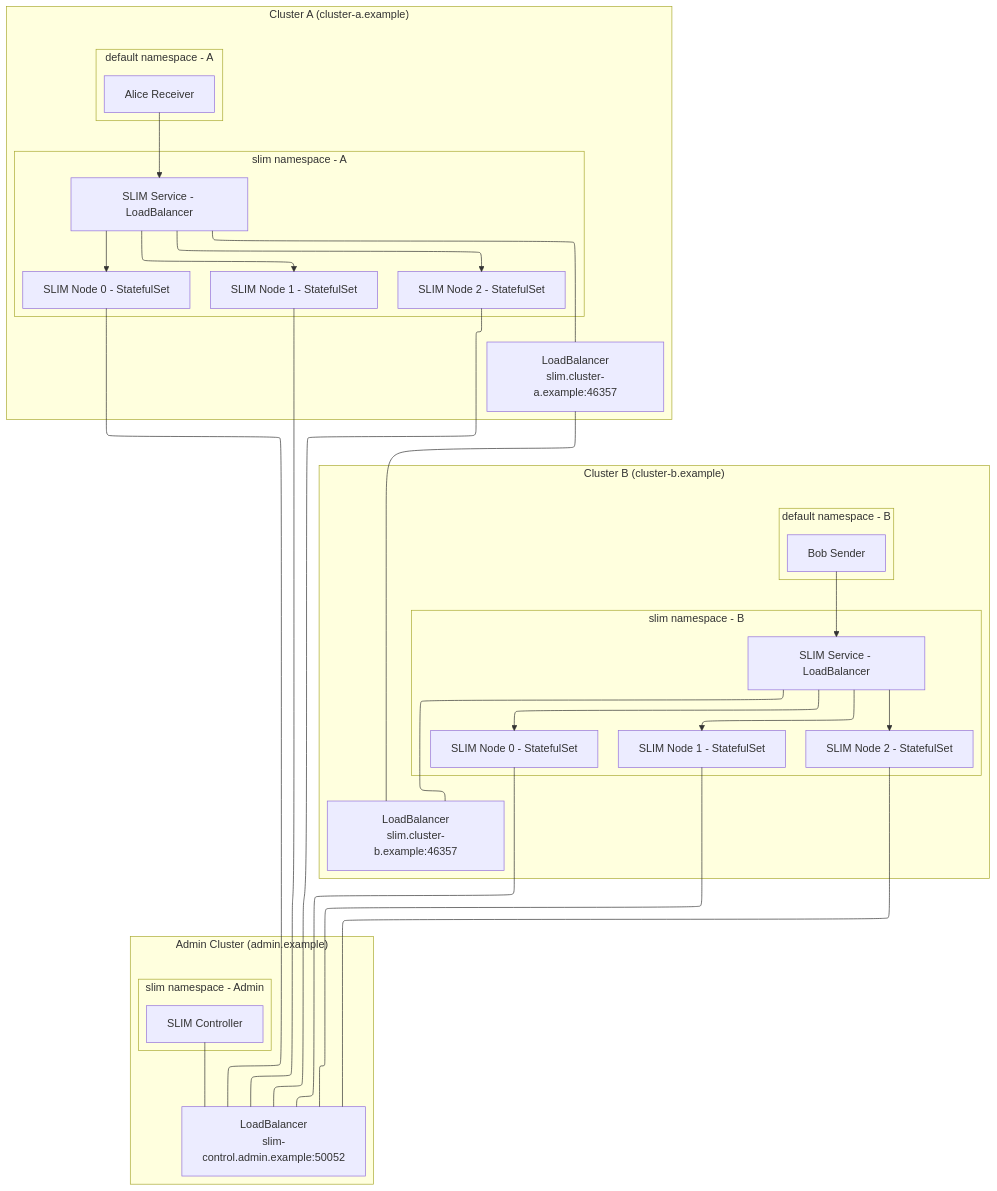
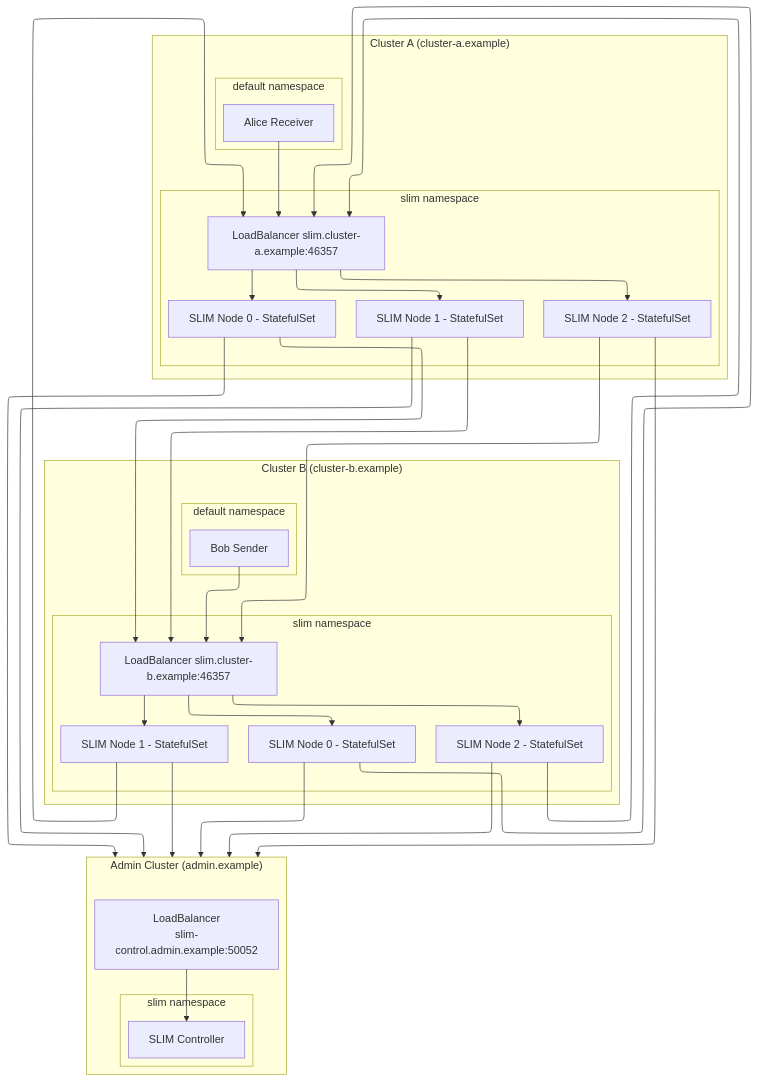
The diagram in deployments/multicluster/multi_cluster_strategy.md (agntcy/slim), drawn with Mermaid before and after one commit.

Commit message:
fix: multi-cluster image

````diff
--- a/deployments/multicluster/multi_cluster_strategy.md
+++ b/deployments/multicluster/multi_cluster_strategy.md
@@ -38,56 +38,51 @@
 ```mermaid
 ---
 config:
   layout: elk
 ---
 flowchart TB
- subgraph subGraph0["slim namespace - Admin"]
+ subgraph subGraph0["slim namespace"]
         CONTROLLER["SLIM Controller"]
   end
  subgraph subGraph1["Admin Cluster (admin.example)"]
         subGraph0
         LB_ADMIN["LoadBalancer<br>slim-control.admin.example:50052"]
   end
- subgraph subGraph2["slim namespace - A"]
+ subgraph subGraph2["slim namespace"]
         SLIM_A1["SLIM Node 0 - StatefulSet"]
         SLIM_A2["SLIM Node 1 - StatefulSet"]
         SLIM_A3["SLIM Node 2 - StatefulSet"]
-        SVC_A["SLIM Service - LoadBalancer"]
+        SVC_A["LoadBalancer slim.cluster-a.example:46357"]
   end
- subgraph subGraph3["default namespace - A"]
+ subgraph subGraph3["default namespace"]
         ALICE["Alice Receiver"]
   end
  subgraph subGraph4["Cluster A (cluster-a.example)"]
         subGraph2
         subGraph3
-        LB_A["LoadBalancer<br>slim.cluster-a.example:46357"]
   end
- subgraph subGraph5["slim namespace - B"]
+ subgraph subGraph5["slim namespace"]
         SLIM_B1["SLIM Node 0 - StatefulSet"]
         SLIM_B2["SLIM Node 1 - StatefulSet"]
         SLIM_B3["SLIM Node 2 - StatefulSet"]
-        SVC_B["SLIM Service - LoadBalancer"]
+        SVC_B["LoadBalancer slim.cluster-b.example:46357"]
   end
- subgraph subGraph6["default namespace - B"]
+ subgraph subGraph6["default namespace"]
         BOB["Bob Sender"]
   end
  subgraph subGraph7["Cluster B (cluster-b.example)"]
         subGraph5
         subGraph6
-        LB_B["LoadBalancer<br>slim.cluster-b.example:46357"]
   end
-    CONTROLLER --- LB_ADMIN
+    LB_ADMIN ----> CONTROLLER
     SVC_A --> SLIM_A1 & SLIM_A2 & SLIM_A3
-    SVC_A --- LB_A
     ALICE --> SVC_A
     SVC_B --> SLIM_B1 & SLIM_B2 & SLIM_B3
-    SVC_B --- LB_B
     BOB --> SVC_B
-    SLIM_A1 --- LB_ADMIN
-    SLIM_A2 --- LB_ADMIN
-    SLIM_A3 --- LB_ADMIN
-    SLIM_B1 --- LB_ADMIN
-    SLIM_B2 --- LB_ADMIN
-    SLIM_B3 --- LB_ADMIN
-    LB_A --- LB_B
+    SLIM_A1 ---> subGraph1 & SVC_B
+    SLIM_A2 ---> subGraph1 & SVC_B
+    SLIM_A3 ---> subGraph1 & SVC_B
+    SLIM_B1 ---> subGraph1 & SVC_A
+    SLIM_B2 ---> subGraph1 & SVC_A
+    SLIM_B3 ---> subGraph1 & SVC_A
 ```
````
